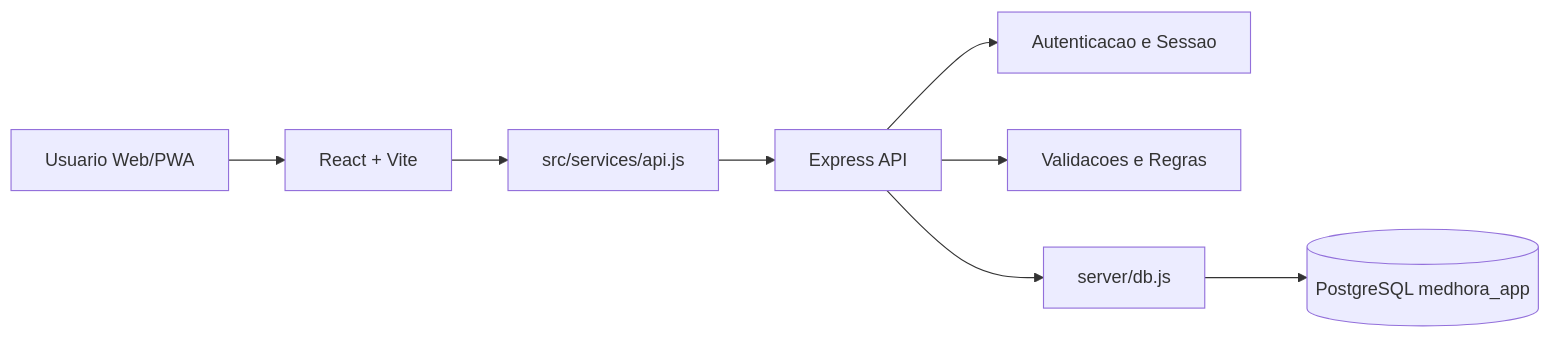
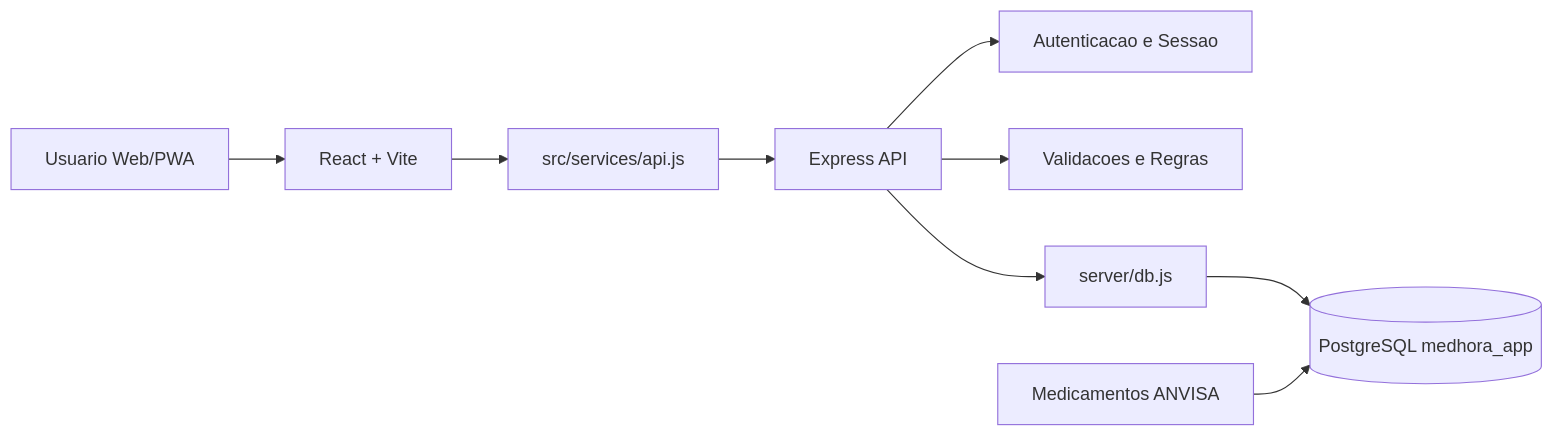
One commit to Dev-WambersonPacheco/MedHora-app changed the first of 4 diagrams in docs/DIAGRAMAS.md. Above: the diagram before and after it, drawn with Mermaid. The commit also changed 1 other file, not shown here.

Commit message:
medicamento anvisa

````diff
--- a/docs/DIAGRAMAS.md
+++ b/docs/DIAGRAMAS.md
@@ -7,10 +7,11 @@
 ```mermaid
 flowchart LR
   User[Usuario Web/PWA] --> UI[React + Vite]
   UI --> ApiClient[src/services/api.js]
   ApiClient --> Express[Express API]
   Express --> Auth[Autenticacao e Sessao]
   Express --> Rules[Validacoes e Regras]
   Express --> Db[server/db.js]
   Db --> Pg[(PostgreSQL medhora_app)]
+  Anvisa[Medicamentos ANVISA] --> Pg
 ```
````
